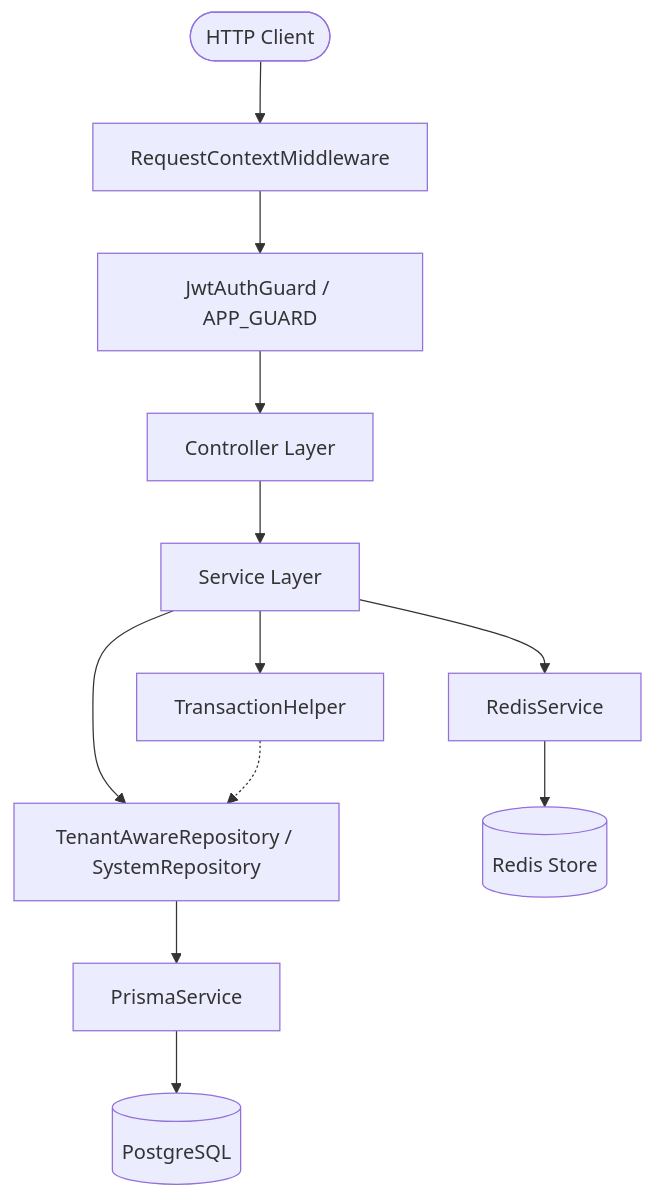
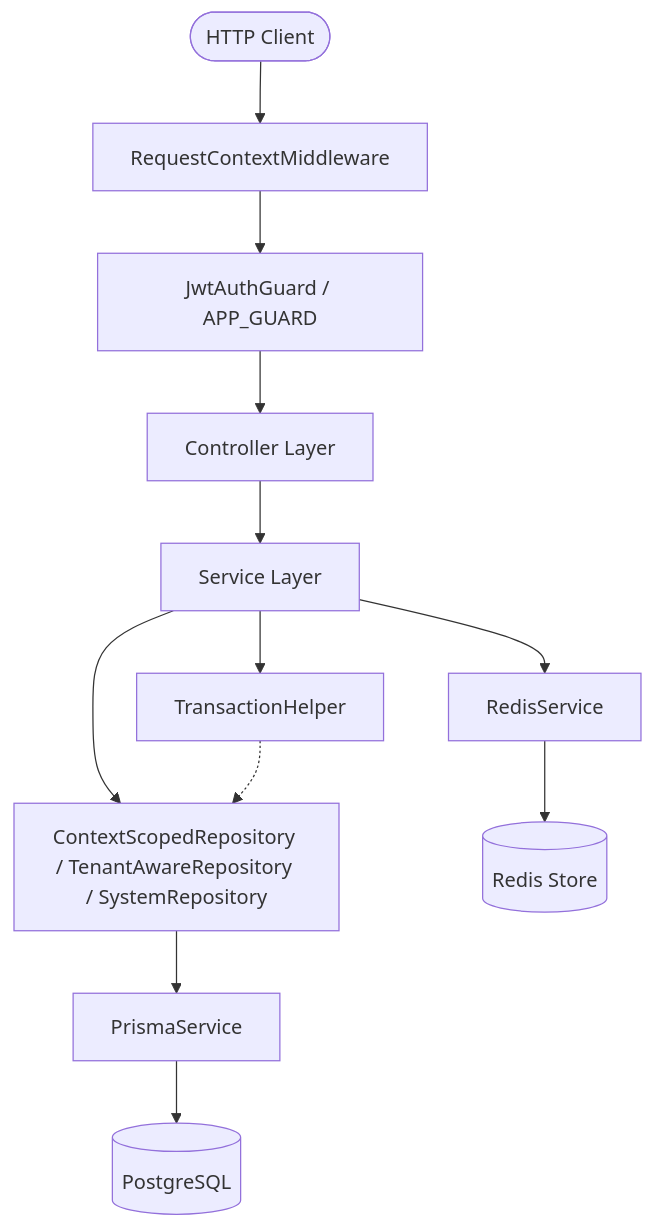
The first of 2 diagrams in role.md (AyhamAm10/SaaS-Institute-Platform-Backend), drawn with Mermaid before and after one commit. The commit also changed other lines of this file and 32 other files, not shown here.

````diff
--- a/role.md
+++ b/role.md
@@ -34,14 +34,14 @@
 ```mermaid
 graph TD
     Client([HTTP Client]) --> MW[RequestContextMiddleware]
     MW --> Guard[JwtAuthGuard / APP_GUARD]
     Guard --> Ctrl[Controller Layer]
     Ctrl --> Svc[Service Layer]
     Svc --> Tx[TransactionHelper]
-    Svc --> Repo[TenantAwareRepository / SystemRepository]
+    Svc --> Repo[ContextScopedRepository / TenantAwareRepository / SystemRepository]
     Tx -.-> Repo
     Repo --> PS[PrismaService]
     PS --> DB[(PostgreSQL)]
     Svc --> Red[RedisService]
     Red --> RDB[(Redis Store)]
 ```
````
